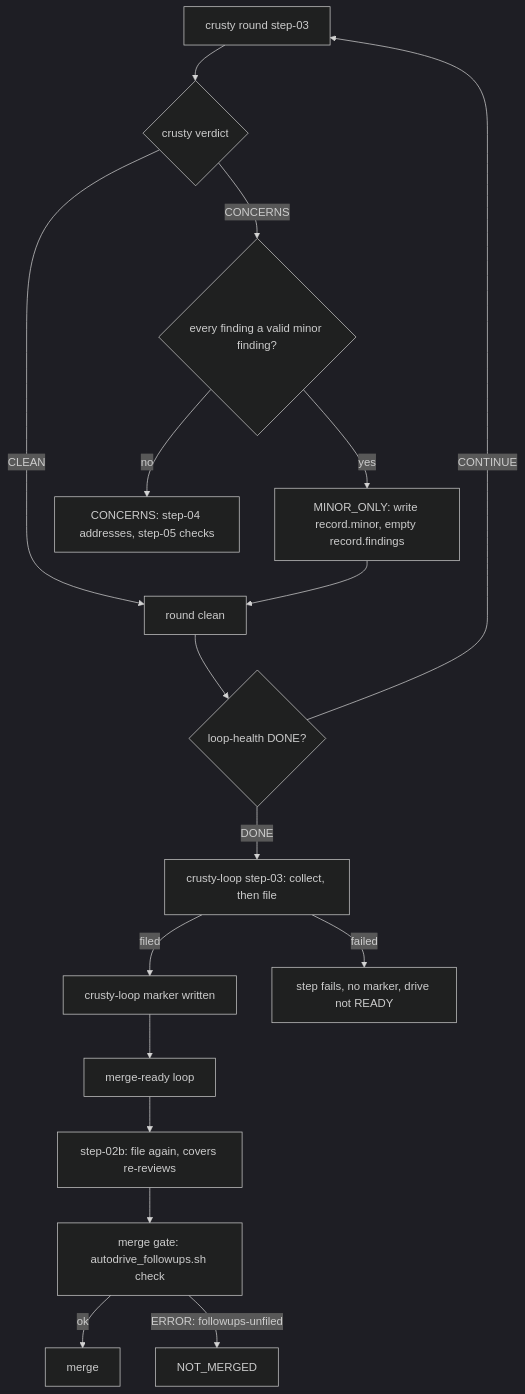
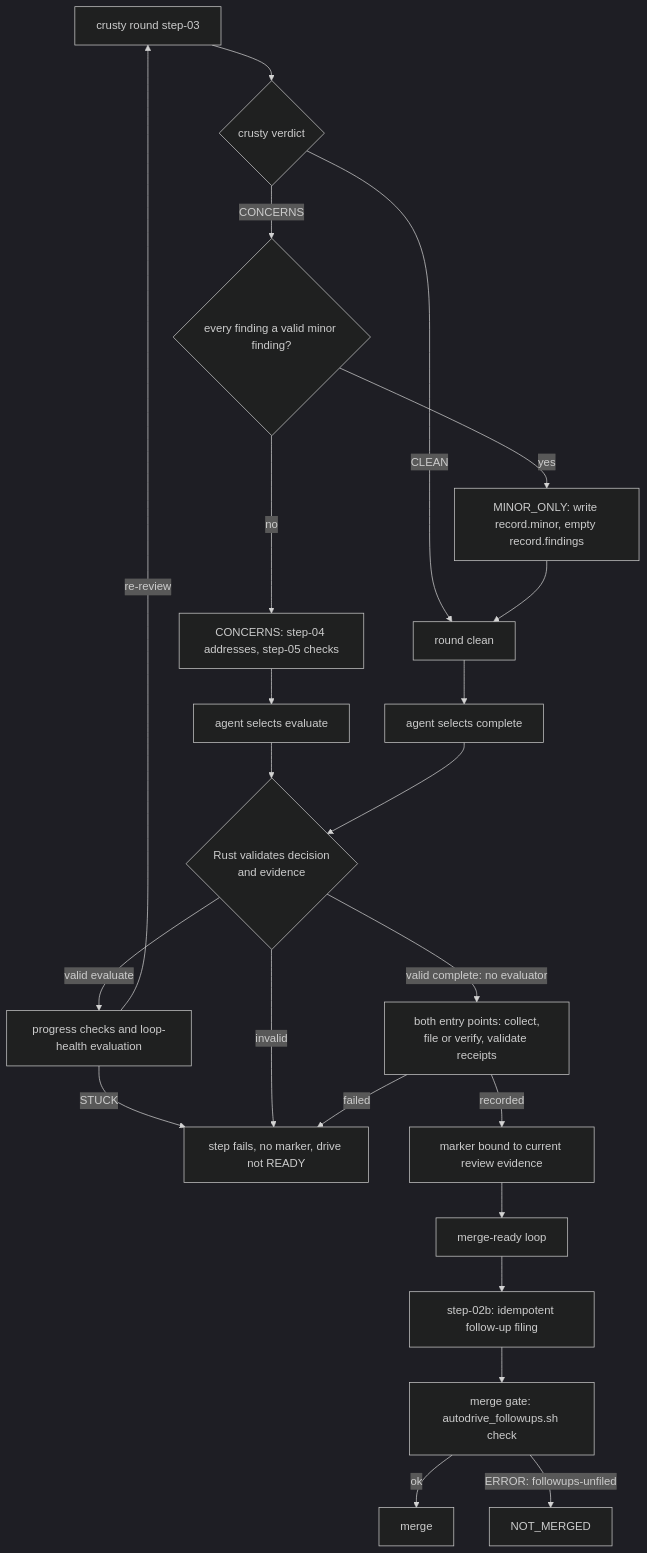
Before and after one commit to rysweet/amplihack-rs: the diagram in docs/reference/auto-drive-to-merge.md, drawn with Mermaid (dark theme). The commit also changed other lines of this file and 38 other files, not shown here.

Commit message:
fix(autodrive): complete Crusty objectives before convergence evaluation

````diff
--- a/docs/reference/auto-drive-to-merge.md
+++ b/docs/reference/auto-drive-to-merge.md
@@ -944,19 +961,25 @@
 ```mermaid
 flowchart TD
     R[crusty round step-03] --> V{crusty verdict}
     V -->|CLEAN| C[round clean]
     V -->|CONCERNS| K{every finding a valid minor finding?}
     K -->|no| A[CONCERNS: step-04 addresses, step-05 checks]
     K -->|yes| M[MINOR_ONLY: write record.minor, empty record.findings]
     M --> C
-    C --> L{loop-health DONE?}
-    L -->|CONTINUE| R
-    L -->|DONE| P[crusty-loop step-03: collect, then file]
-    P -->|filed| MK[crusty-loop marker written]
+    A --> Q[agent selects evaluate]
+    Q --> DV{Rust validates decision<br/>and evidence}
+    DV -->|valid evaluate| H[progress checks and loop-health evaluation]
+    H -->|re-review| R
+    H -->|STUCK| X
+    C --> L[agent selects complete]
+    L --> DV
+    DV -->|invalid| X
+    DV -->|valid complete: no evaluator| P[both entry points: collect,<br/>file or verify, validate receipts]
+    P -->|recorded| MK[marker bound to current review evidence]
     P -->|failed| X[step fails, no marker, drive not READY]
     MK --> ML[merge-ready loop]
-    ML --> F2[step-02b: file again, covers re-reviews]
+    ML --> F2[step-02b: idempotent follow-up filing]
     F2 --> G[merge gate: autodrive_followups.sh check]
     G -->|ok| MG[merge]
     G -->|ERROR: followups-unfiled| NM[NOT_MERGED]
 ```
````
